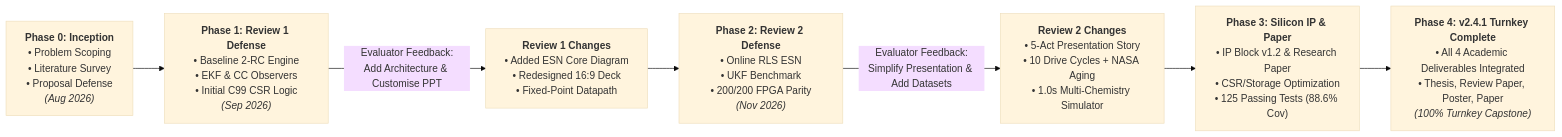
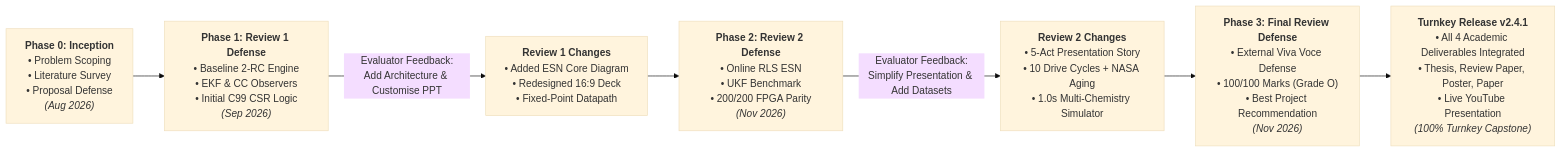
Before and after one commit to tanish-jain-225/Battery_State_Estimator_BE_Project_2026_2027: the first of 3 diagrams in README.md, drawn with Mermaid (base theme). The commit also changed other lines of this file and 10 other files, not shown here.

Commit message:
docs(final-review): add Final_Review milestone, delivered report, presentation slides and geotag photo

````diff
--- a/README.md
+++ b/README.md
@@ -69,10 +75,10 @@
 ```mermaid
 flowchart LR
     P0["<b>Phase 0: Inception</b><br/>• Problem Scoping<br/>• Literature Survey<br/>• Proposal Defense<br/><i>(Aug 2026)</i>"] 
     P0 --> P1["<b>Phase 1: Review 1 Defense</b><br/>• Baseline 2-RC Engine<br/>• EKF & CC Observers<br/>• Initial C99 CSR Logic<br/><i>(Sep 2026)</i>"]
     P1 -->|"Evaluator Feedback:<br/>Add Architecture & Customise PPT"| P1_Fix["<b>Review 1 Changes</b><br/>• Added ESN Core Diagram<br/>• Redesigned 16:9 Deck<br/>• Fixed-Point Datapath"]
     P1_Fix --> P2["<b>Phase 2: Review 2 Defense</b><br/>• Online RLS ESN<br/>• UKF Benchmark<br/>• 200/200 FPGA Parity<br/><i>(Nov 2026)</i>"]
     P2 -->|"Evaluator Feedback:<br/>Simplify Presentation & Add Datasets"| P2_Fix["<b>Review 2 Changes</b><br/>• 5-Act Presentation Story<br/>• 10 Drive Cycles + NASA Aging<br/>• 1.0s Multi-Chemistry Simulator"]
-    P2_Fix --> P3["<b>Phase 3: Silicon IP & Paper</b><br/>• IP Block v1.2 & Research Paper<br/>• CSR/Storage Optimization<br/>• 125 Passing Tests (88.6% Cov)"]
-    P3 --> P4["<b>Phase 4: v2.4.1 Turnkey Complete</b><br/>• All 4 Academic Deliverables Integrated<br/>• Thesis, Review Paper, Poster, Paper<br/><i>(100% Turnkey Capstone)</i>"]
+    P2_Fix --> P3["<b>Phase 3: Final Review Defense</b><br/>• External Viva Voce Defense<br/>• 100/100 Marks (Grade O)<br/>• Best Project Recommendation<br/><i>(Nov 2026)</i>"]
+    P3 --> P4["<b>Turnkey Release v2.4.1</b><br/>• All 4 Academic Deliverables Integrated<br/>• Thesis, Review Paper, Poster, Paper<br/>• Live YouTube Presentation<br/><i>(100% Turnkey Capstone)</i>"]
 ```
````
